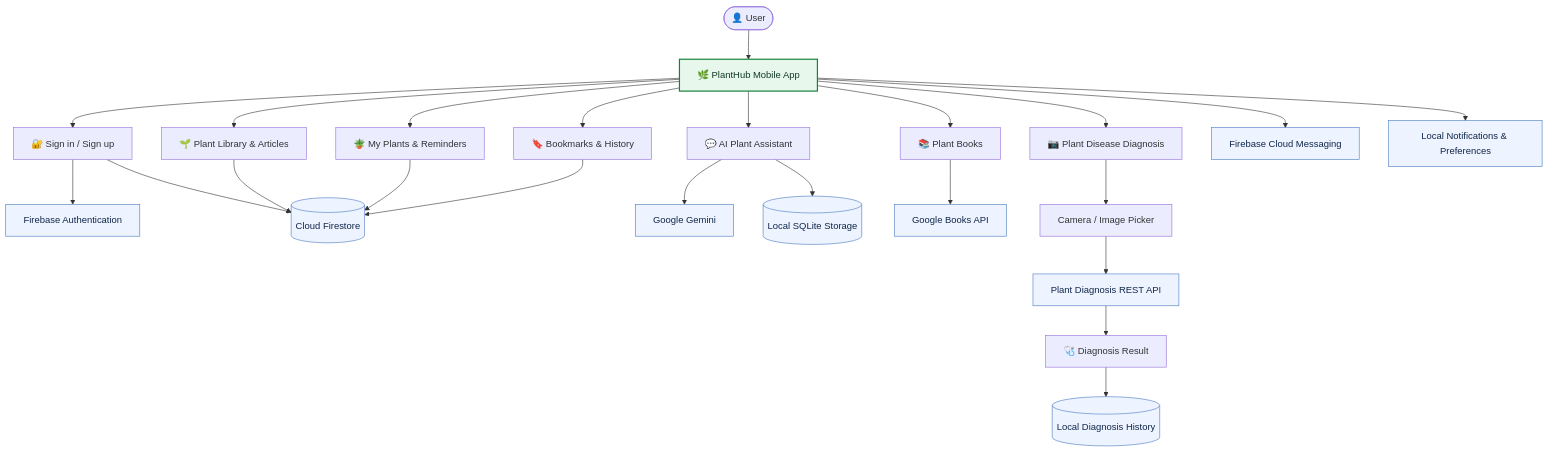
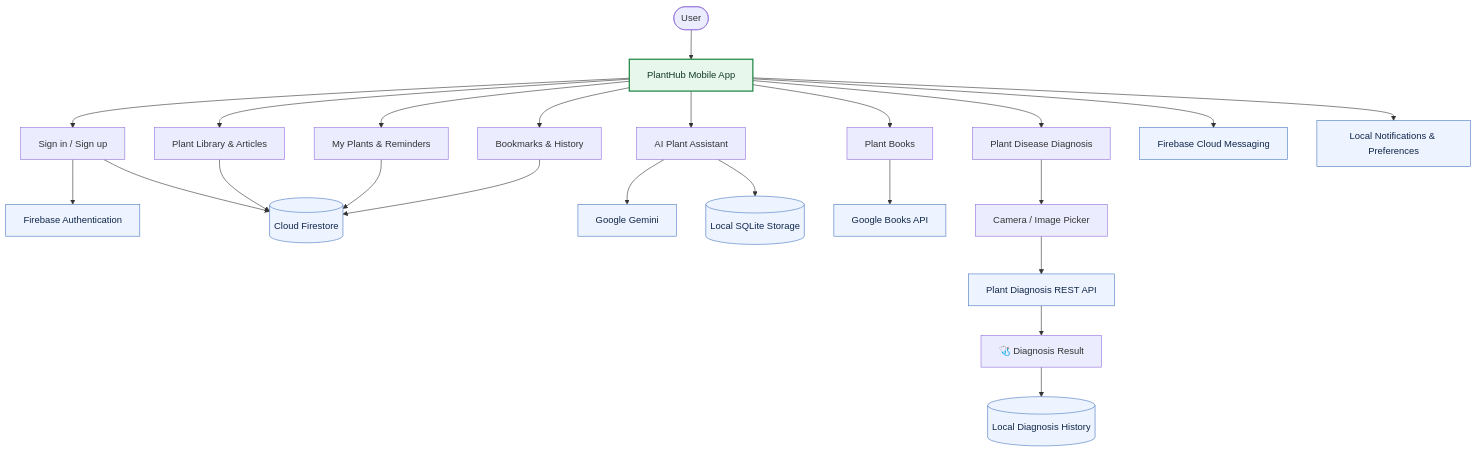
One commit to AbdulazizShaban2003/PlantHub-Application changed the diagram in README.md. Above: the diagram before and after it, drawn with Mermaid. The commit also changed other lines of this file, not shown here.

````diff
--- a/README.md
+++ b/README.md
@@ -26,32 +26,32 @@
 ```mermaid
 flowchart TB
-    U([👤 User]) --> APP[🌿 PlantHub Mobile App]
+    U([ User]) --> APP[ PlantHub Mobile App]
 
-    APP --> AUTH[🔐 Sign in / Sign up]
-    APP --> DIAG[📷 Plant Disease Diagnosis]
-    APP --> LIB[🌱 Plant Library & Articles]
-    APP --> MYP[🪴 My Plants & Reminders]
-    APP --> CHAT[💬 AI Plant Assistant]
-    APP --> BOOK[📚 Plant Books]
-    APP --> SAVED[🔖 Bookmarks & History]
+    APP --> AUTH[ Sign in / Sign up]
+    APP --> DIAG[ Plant Disease Diagnosis]
+    APP --> LIB[ Plant Library & Articles]
+    APP --> MYP[ My Plants & Reminders]
+    APP --> CHAT[ AI Plant Assistant]
+    APP --> BOOK[ Plant Books]
+    APP --> SAVED[ Bookmarks & History]
 
     AUTH --> FA[Firebase Authentication]
     AUTH --> FS[(Cloud Firestore)]
     LIB --> FS
     MYP --> FS
     CHAT --> GEM[Google Gemini]
     CHAT --> LOCAL[(Local SQLite Storage)]
     BOOK --> BOOKS[Google Books API]
     DIAG --> PICK[Camera / Image Picker]
     PICK --> API[Plant Diagnosis REST API]
     API --> RESULT[🩺 Diagnosis Result]
     RESULT --> HISTORY[(Local Diagnosis History)]
     SAVED --> FS
     APP --> MSG[Firebase Cloud Messaging]
     APP --> LOCALP[Local Notifications & Preferences]
 
     classDef app fill:#e7f7ec,stroke:#16803c,color:#123b22,stroke-width:2px
     classDef service fill:#eef4ff,stroke:#4878c0,color:#10264a
     class APP app
     class FA,FS,GEM,BOOKS,API,LOCAL,HISTORY,MSG,LOCALP service
 ```
````
